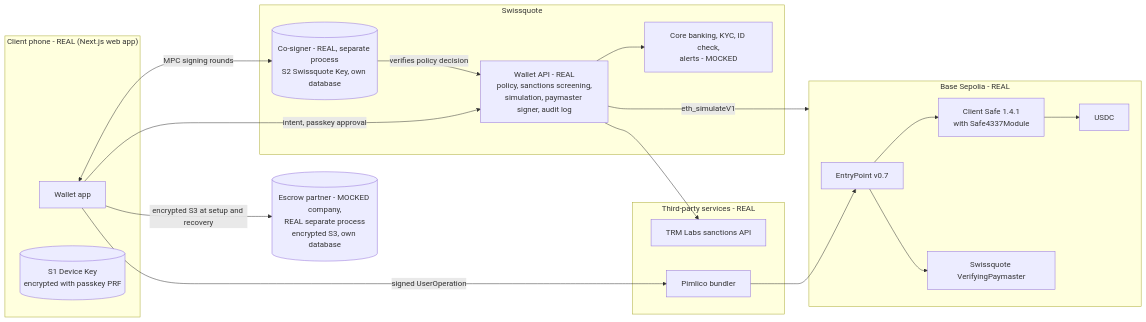
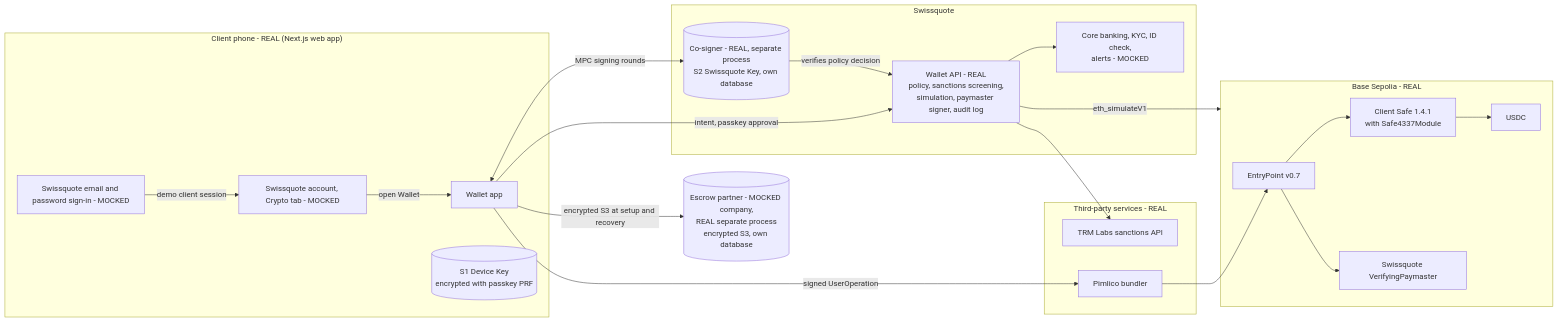
One commit to elazdi-al/bsa-the-hackathon changed the first of 2 diagrams in PROPOSAL.md. Above: the diagram before and after it, drawn with Mermaid. The commit also changed other lines of this file, not shown here.

Commit message:
Update login method

````diff
--- a/PROPOSAL.md
+++ b/PROPOSAL.md
@@ -116,40 +116,44 @@
 ```mermaid
 flowchart LR
   subgraph phone["Client phone - REAL (Next.js web app)"]
+    login["Swissquote email and password sign-in - MOCKED"]
+    account["Swissquote account, Crypto tab - MOCKED"]
     app["Wallet app"]
     s1[("S1 Device Key<br/>encrypted with passkey PRF")]
   end
 
   subgraph sq["Swissquote"]
     api["Wallet API - REAL<br/>policy, sanctions screening,<br/>simulation, paymaster signer, audit log"]
     cos[("Co-signer - REAL, separate process<br/>S2 Swissquote Key, own database")]
     bank["Core banking, KYC, ID check,<br/>alerts - MOCKED"]
   end
 
   esc[("Escrow partner - MOCKED company,<br/>REAL separate process<br/>encrypted S3, own database")]
 
   subgraph ext["Third-party services - REAL"]
     trm["TRM Labs sanctions API"]
     bundler["Pimlico bundler"]
   end
 
   subgraph chain["Base Sepolia - REAL"]
     ep["EntryPoint v0.7"]
     safe["Client Safe 1.4.1<br/>with Safe4337Module"]
     pm["Swissquote VerifyingPaymaster"]
     usdc["USDC"]
   end
 
+  login -- "demo client session" --> account
+  account -- "open Wallet" --> app
   app -- "intent, passkey approval" --> api
   app <-- "MPC signing rounds" --> cos
   app -- "encrypted S3 at setup and recovery" --> esc
   cos -- "verifies policy decision" --> api
   api --> trm
   api --> bank
   api -- "eth_simulateV1" --> chain
   app -- "signed UserOperation" --> bundler
   bundler --> ep
   ep --> safe
   ep --> pm
   safe --> usdc
 ```
````
